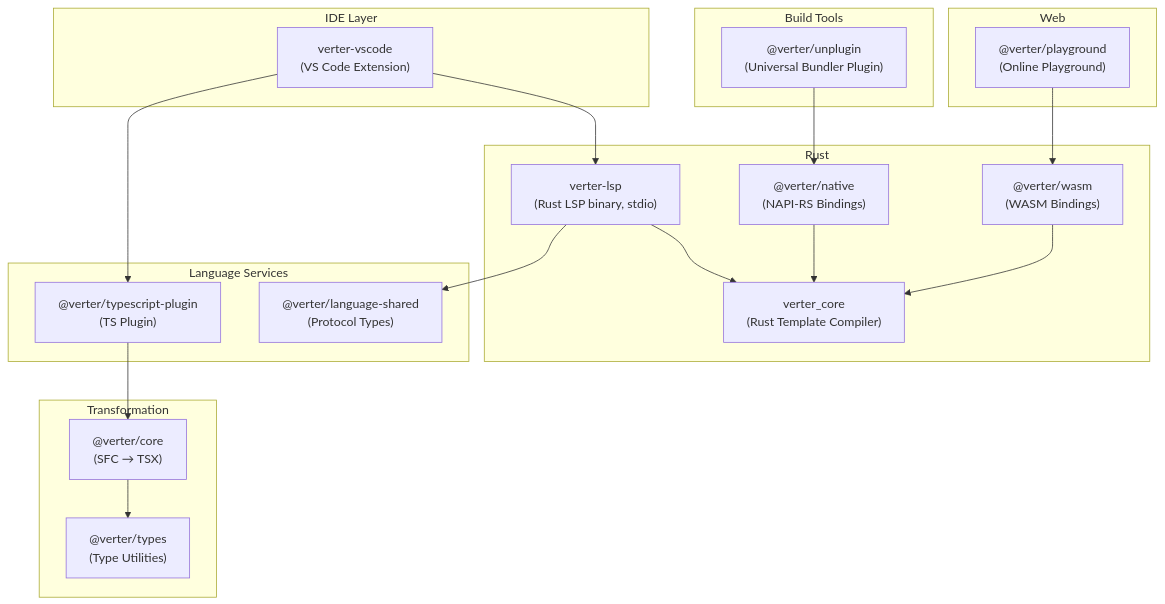
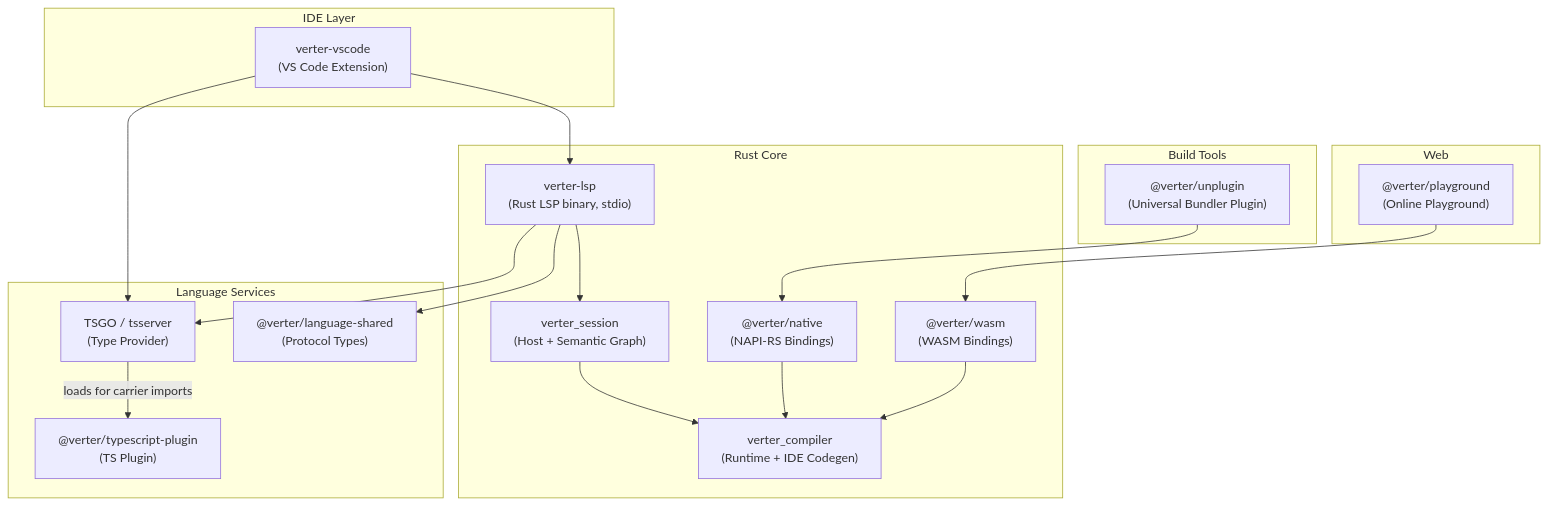
Before and after one commit to pikax/verter: the first of 2 diagrams in docs/guide/index.md, drawn with Mermaid. The commit also changed other lines of this file and 69 other files, not shown here.

First line of the commit message:
docs(release): document supported architecture and limits

````diff
--- a/docs/guide/index.md
+++ b/docs/guide/index.md
@@ -41,36 +41,35 @@
 ```mermaid
 graph TB
     subgraph "IDE Layer"
         VSCode["verter-vscode<br/>(VS Code Extension)"]
     end
-    subgraph "Rust"
+    subgraph "Rust Core"
         LSP["verter-lsp<br/>(Rust LSP binary, stdio)"]
+        Session["verter_session<br/>(Host + Semantic Graph)"]
         Native["@verter/native<br/>(NAPI-RS Bindings)"]
         WASM["@verter/wasm<br/>(WASM Bindings)"]
-        RustCore["verter_core<br/>(Rust Template Compiler)"]
+        RustCore["verter_compiler<br/>(Runtime + IDE Codegen)"]
     end
     subgraph "Language Services"
+        Provider["TSGO / tsserver<br/>(Type Provider)"]
         TSPlugin["@verter/typescript-plugin<br/>(TS Plugin)"]
         Shared["@verter/language-shared<br/>(Protocol Types)"]
-    end
-    subgraph "Transformation"
-        Core["@verter/core<br/>(SFC → TSX)"]
-        Types["@verter/types<br/>(Type Utilities)"]
     end
     subgraph "Build Tools"
         Unplugin["@verter/unplugin<br/>(Universal Bundler Plugin)"]
     end
     subgraph "Web"
         Playground["@verter/playground<br/>(Online Playground)"]
     end
     VSCode --> LSP
-    VSCode --> TSPlugin
-    LSP --> RustCore
+    VSCode --> Provider
+    LSP --> Session
+    Session --> RustCore
+    LSP --> Provider
     LSP --> Shared
-    TSPlugin --> Core
-    Core --> Types
+    Provider -->|loads for carrier imports| TSPlugin
     Native --> RustCore
     WASM --> RustCore
     Unplugin --> Native
     Playground --> WASM
 ```
````
